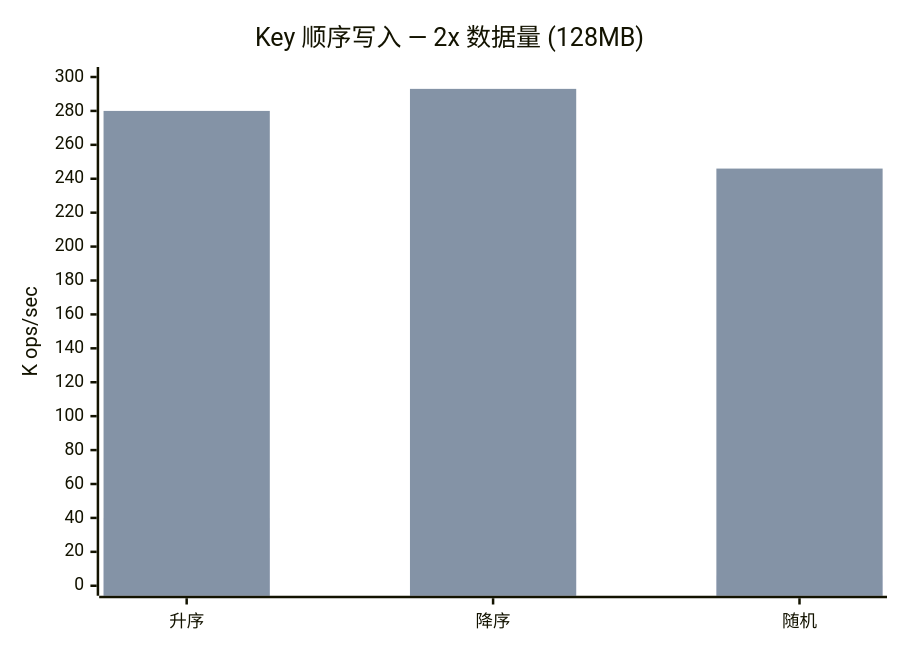
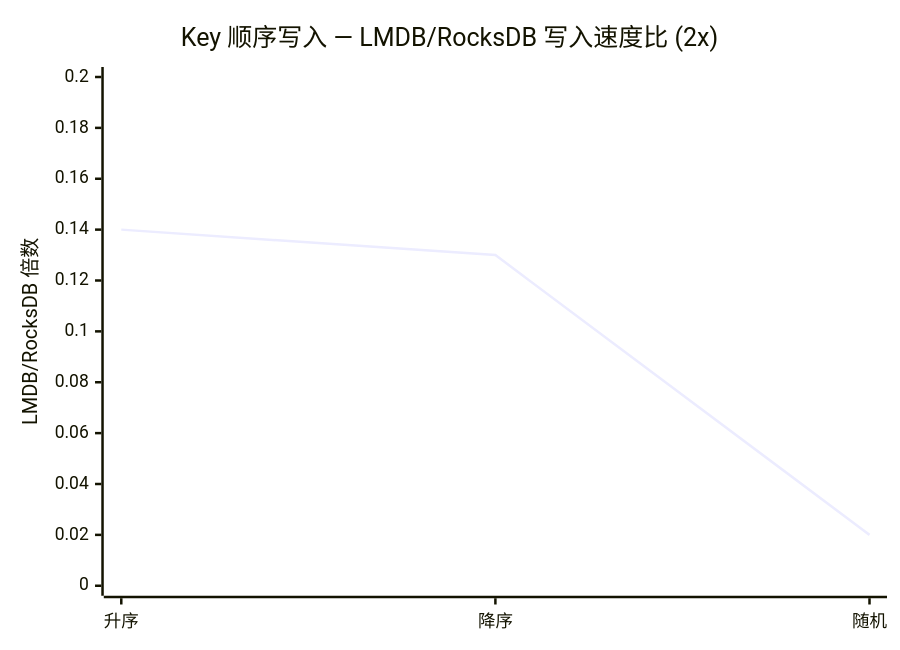
Diagram 13 of 16 in packages/db-bench/README.md (bangbang93/playground.js), drawn with Mermaid before and after one commit. The commit also changed other lines of this file, not shown here.

First line of the commit message:
docs(db-bench): replace stacked bars with ratio lines in Mermaid charts

````diff
--- a/packages/db-bench/README.md
+++ b/packages/db-bench/README.md
@@ -357,8 +367,7 @@
 ```mermaid
 xychart-beta
-    title "Key 顺序写入 — 2x 数据量 (128MB)"
+    title "Key 顺序写入 — LMDB/RocksDB 写入速度比 (2x)"
     x-axis ["升序", "降序", "随机"]
-    y-axis "K ops/sec" 0 --> 300
-    bar [40, 37, 6]
-    bar [280, 293, 246]
+    y-axis "LMDB/RocksDB 倍数" 0 --> 0.2
+    line [0.14, 0.13, 0.02]
 ```
````
